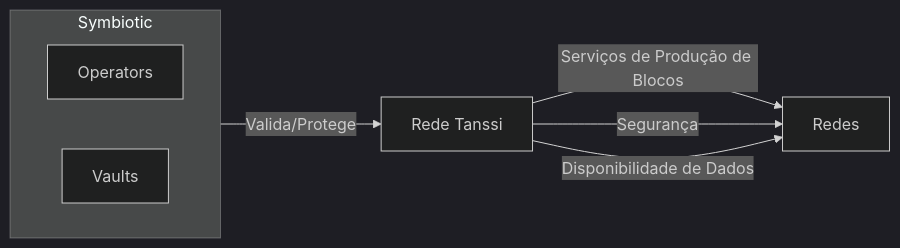
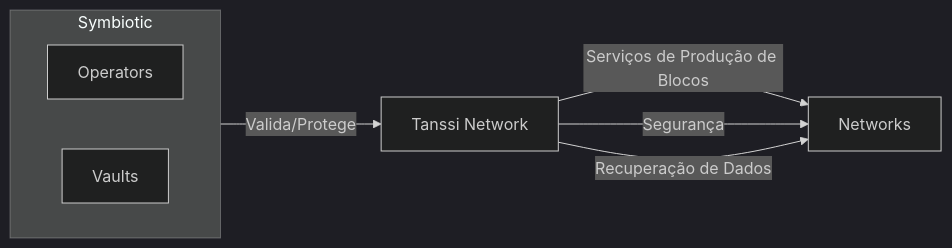
The second of 6 diagrams in pt/learn/tanssi/external-security-providers/symbiotic.md (moondance-labs/tanssi-docs), drawn with Mermaid (dark theme) before and after one commit. The commit also changed other lines of this file and 91 other files, not shown here.

````diff
--- a/pt/learn/tanssi/external-security-providers/symbiotic.md
+++ b/pt/learn/tanssi/external-security-providers/symbiotic.md
@@ -92,14 +106,14 @@
 ```mermaid
 flowchart LR
     subgraph Symbiotic
         direction LR
         Operators
         Vaults
     end
-    Symbiotic  -- Valida/Protege --> tanssi["Rede Tanssi"]
-    tanssi -- Serviços de Produção de Blocos--> Redes
-    tanssi -- Segurança--> Redes
-    tanssi -- Disponibilidade de Dados--> Redes
+    Symbiotic  -- Valida/Protege --> tanssi["Tanssi Network"]
+    tanssi -- Serviços de Produção de Blocos--> Networks
+    tanssi -- Segurança--> Networks
+    tanssi -- Recuperação de Dados--> Networks
 
     class Symbiotic custom-container
 ```
````
